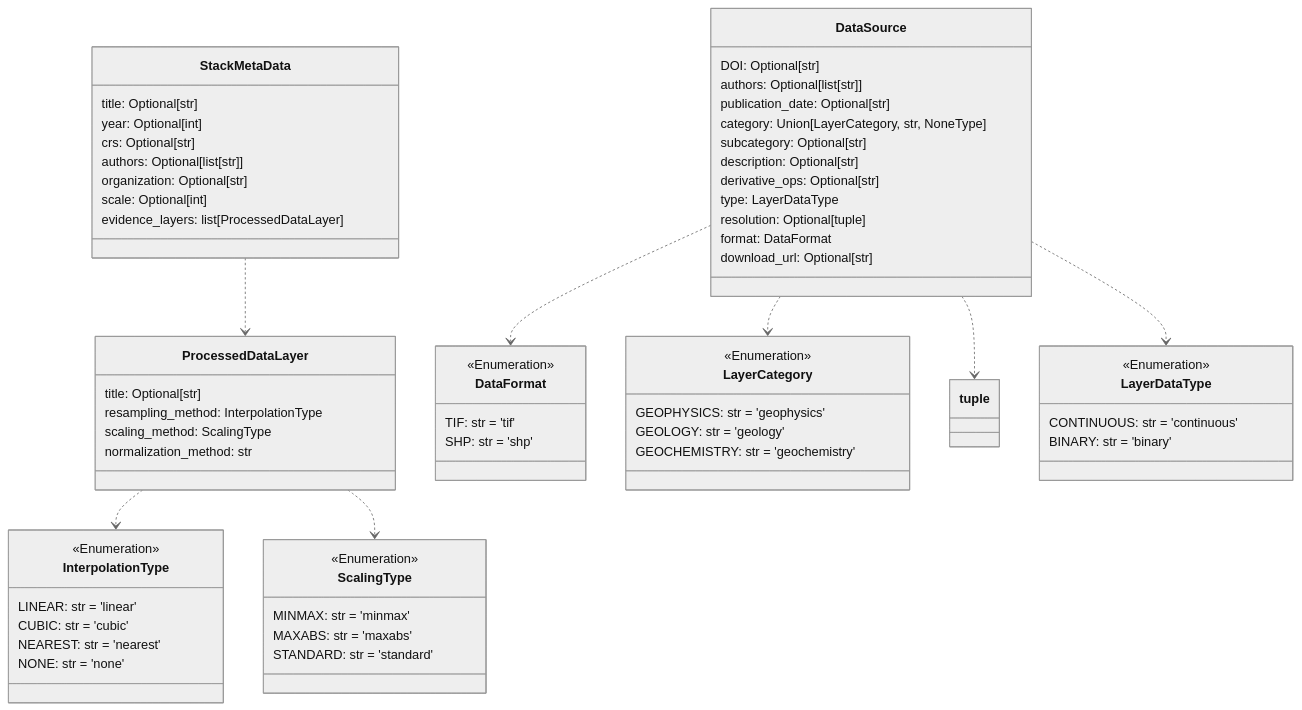
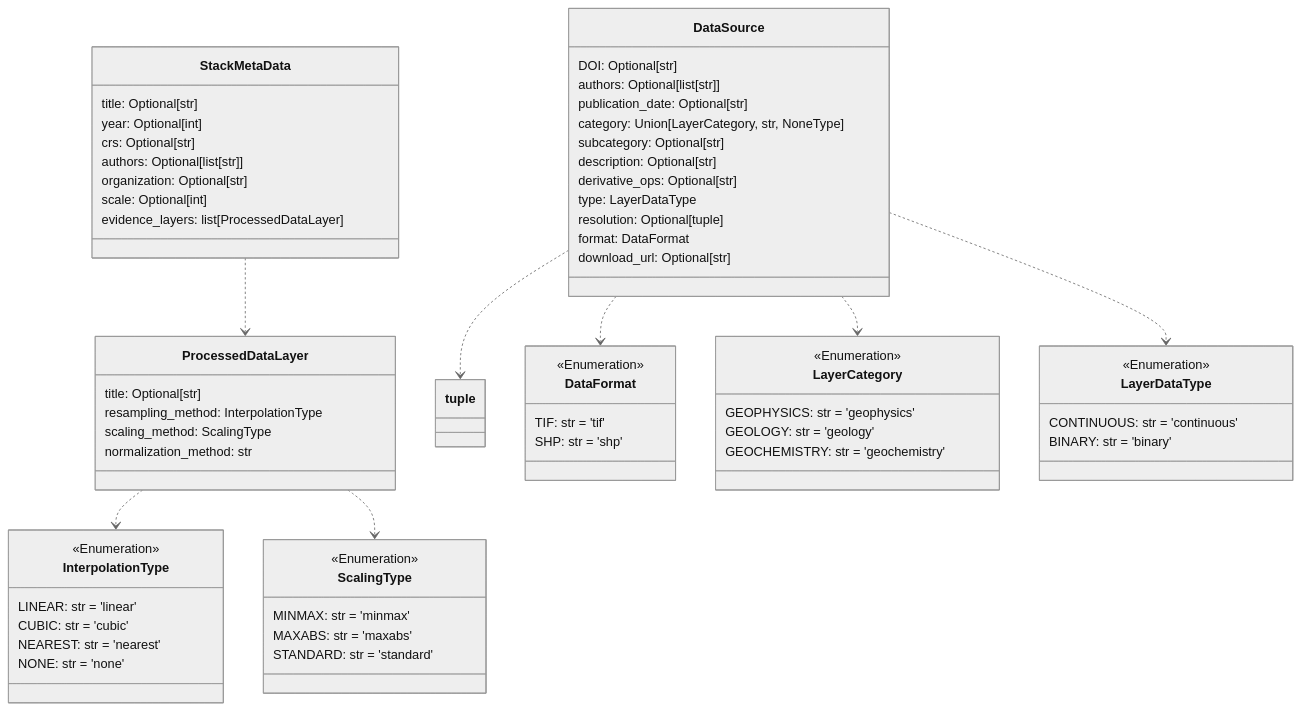
Before and after one commit to DARPA-CRITICALMAAS/cdr_schemas: diagram 13 of 14 in README.md, drawn with Mermaid (neutral theme). The commit also changed other lines of this file and 1 other file, not shown here.

````diff
--- a/README.md
+++ b/README.md
@@ -972,78 +978,78 @@
 ```mermaid
 classDiagram
 
     class DataFormat {
         <<Enumeration>>
         TIF: str = 'tif'
         SHP: str = 'shp'
     }
 
     class ScalingType {
         <<Enumeration>>
         MINMAX: str = 'minmax'
         MAXABS: str = 'maxabs'
         STANDARD: str = 'standard'
     }
 
-    class LayerCategory {
-        <<Enumeration>>
-        GEOPHYSICS: str = 'geophysics'
-        GEOLOGY: str = 'geology'
-        GEOCHEMISTRY: str = 'geochemistry'
-    }
-
-    class InterpolationType {
-        <<Enumeration>>
-        LINEAR: str = 'linear'
-        CUBIC: str = 'cubic'
-        NEAREST: str = 'nearest'
-        NONE: str = 'none'
-    }
-
     class ProcessedDataLayer {
         title: Optional[str]
         resampling_method: InterpolationType
         scaling_method: ScalingType
         normalization_method: str
     }
 
-    class StackMetaData {
-        title: Optional[str]
-        year: Optional[int]
-        crs: Optional[str]
-        authors: Optional[list[str]]
-        organization: Optional[str]
-        scale: Optional[int]
-        evidence_layers: list[ProcessedDataLayer]
-    }
-
-    class LayerDataType {
+    class LayerCategory {
         <<Enumeration>>
-        CONTINUOUS: str = 'continuous'
-        BINARY: str = 'binary'
+        GEOPHYSICS: str = 'geophysics'
+        GEOLOGY: str = 'geology'
+        GEOCHEMISTRY: str = 'geochemistry'
     }
 
     class DataSource {
         DOI: Optional[str]
         authors: Optional[list[str]]
         publication_date: Optional[str]
         category: Union[LayerCategory, str, NoneType]
         subcategory: Optional[str]
         description: Optional[str]
         derivative_ops: Optional[str]
         type: LayerDataType
         resolution: Optional[tuple]
         format: DataFormat
         download_url: Optional[str]
     }
 
+    class LayerDataType {
+        <<Enumeration>>
+        CONTINUOUS: str = 'continuous'
+        BINARY: str = 'binary'
+    }
+
+    class InterpolationType {
+        <<Enumeration>>
+        LINEAR: str = 'linear'
+        CUBIC: str = 'cubic'
+        NEAREST: str = 'nearest'
+        NONE: str = 'none'
+    }
+
+    class StackMetaData {
+        title: Optional[str]
+        year: Optional[int]
+        crs: Optional[str]
+        authors: Optional[list[str]]
+        organization: Optional[str]
+        scale: Optional[int]
+        evidence_layers: list[ProcessedDataLayer]
+    }
+
+    DataSource ..> tuple
     DataSource ..> DataFormat
     DataSource ..> LayerCategory
-    DataSource ..> tuple
     DataSource ..> LayerDataType
     ProcessedDataLayer ..> InterpolationType
     ProcessedDataLayer ..> ScalingType
     StackMetaData ..> ProcessedDataLayer
 
 
 ```
````
